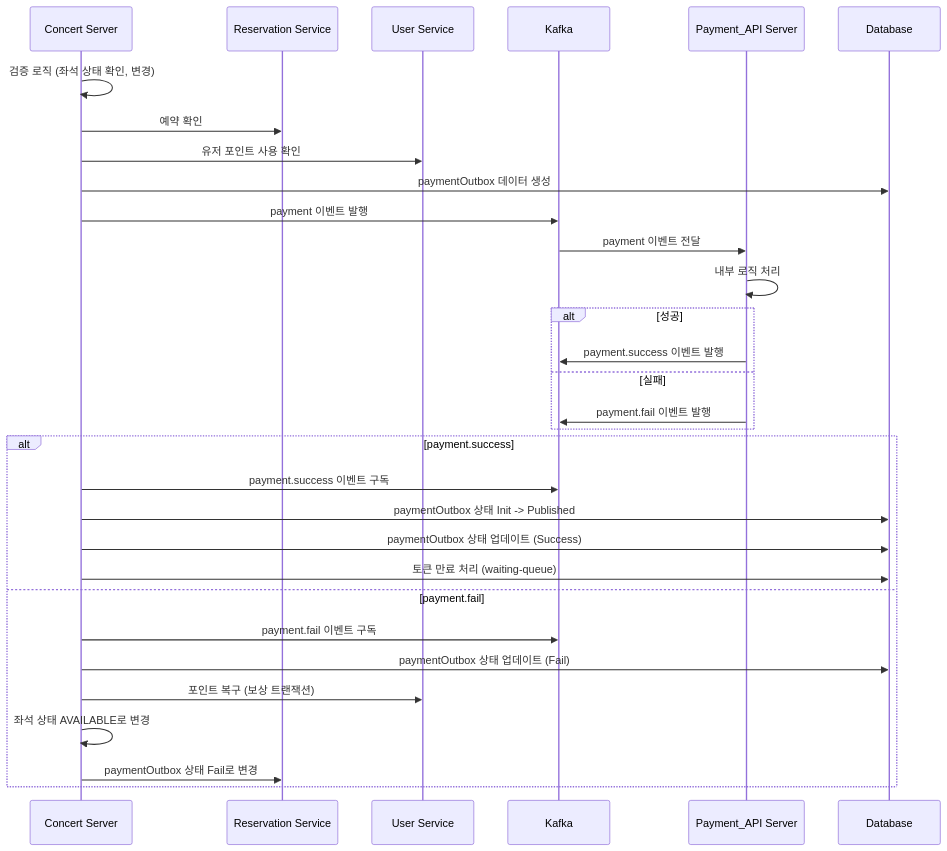
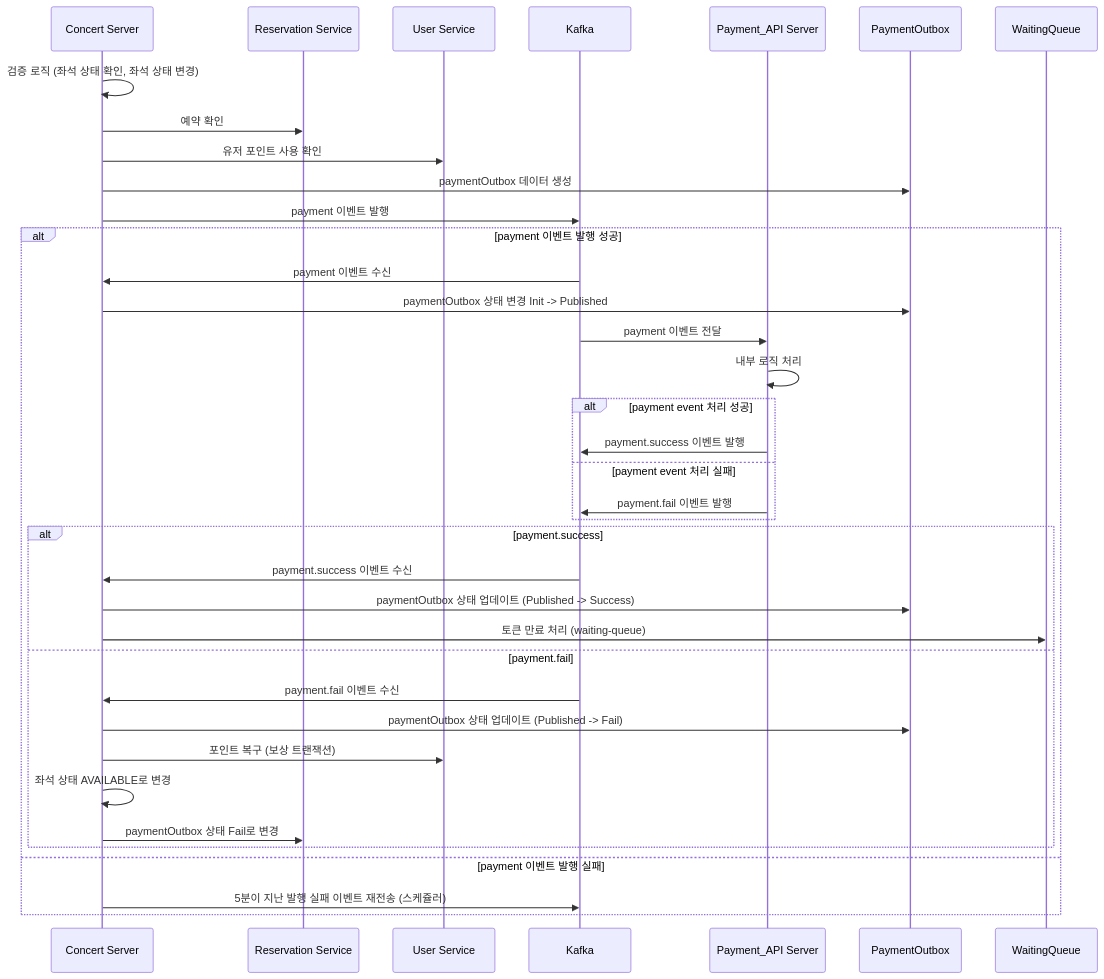
Before and after one commit to JlnHyeok/Concert: the diagram in docs/step18.md, drawn with Mermaid. The commit also changed other lines of this file, not shown here.

````diff
--- a/docs/step18.md
+++ b/docs/step18.md
@@ -3,36 +5,42 @@
 ```mermaid
 sequenceDiagram
     participant Concert as Concert Server
     participant Reservation as Reservation Service
     participant User as User Service
     participant Kafka as Kafka
     participant PaymentAPI as Payment_API Server
-    participant DB as Database
+    participant DB as PaymentOutbox
+    participant WaitingQueue as WaitingQueue
 
-    Concert->>Concert: 검증 로직 (좌석 상태 확인, 변경)
+    Concert->>Concert: 검증 로직 (좌석 상태 확인, 좌석 상태 변경)
     Concert->>Reservation: 예약 확인
     Concert->>User: 유저 포인트 사용 확인
     Concert->>DB: paymentOutbox 데이터 생성
     Concert->>Kafka: payment 이벤트 발행
 
-    Kafka->>PaymentAPI: payment 이벤트 전달
-    PaymentAPI->>PaymentAPI: 내부 로직 처리
-    alt 성공
-        PaymentAPI->>Kafka: payment.success 이벤트 발행
-    else 실패
-        PaymentAPI->>Kafka: payment.fail 이벤트 발행
-    end
+    alt payment 이벤트 발행 성공
+        Kafka->>Concert: payment 이벤트 수신
+        Concert->>DB: paymentOutbox 상태 변경 Init -> Published
+        Kafka->>PaymentAPI: payment 이벤트 전달
+        PaymentAPI->>PaymentAPI: 내부 로직 처리
+        alt payment event 처리 성공
+            PaymentAPI->>Kafka: payment.success 이벤트 발행
+        else payment event 처리 실패
+            PaymentAPI->>Kafka: payment.fail 이벤트 발행
+        end
 
-    alt payment.success
-        Concert->>Kafka: payment.success 이벤트 구독
-        Concert->>DB: paymentOutbox 상태 Init -> Published
-        Concert->>DB: paymentOutbox 상태 업데이트 (Success)
-        Concert->>DB: 토큰 만료 처리 (waiting-queue)
-    else payment.fail
-        Concert->>Kafka: payment.fail 이벤트 구독
-        Concert->>DB: paymentOutbox 상태 업데이트 (Fail)
-        Concert->>User: 포인트 복구 (보상 트랜잭션)
-        Concert->>Concert: 좌석 상태 AVAILABLE로 변경
-        Concert->>Reservation: paymentOutbox 상태 Fail로 변경
+        alt payment.success
+            Kafka->>Concert: payment.success 이벤트 수신
+            Concert->>DB: paymentOutbox 상태 업데이트 (Published -> Success)
+            Concert->>WaitingQueue: 토큰 만료 처리 (waiting-queue)
+        else payment.fail
+            Kafka->>Concert: payment.fail 이벤트 수신
+            Concert->>DB: paymentOutbox 상태 업데이트 (Published -> Fail)
+            Concert->>User: 포인트 복구 (보상 트랜잭션)
+            Concert->>Concert: 좌석 상태 AVAILABLE로 변경
+            Concert->>Reservation: paymentOutbox 상태 Fail로 변경
+        end
+    else payment 이벤트 발행 실패
+        Concert->>Kafka: 5분이 지난 발행 실패 이벤트 재전송 (스케쥴러)
     end
 ```
````
